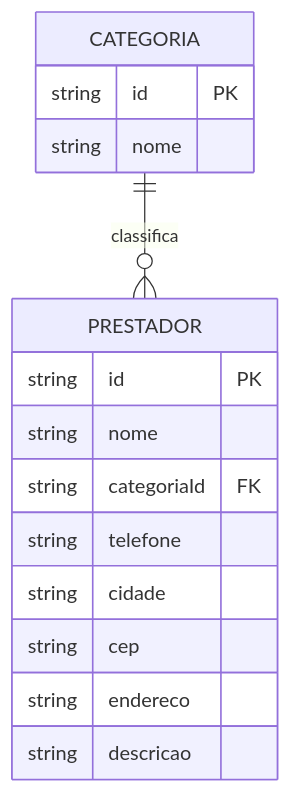
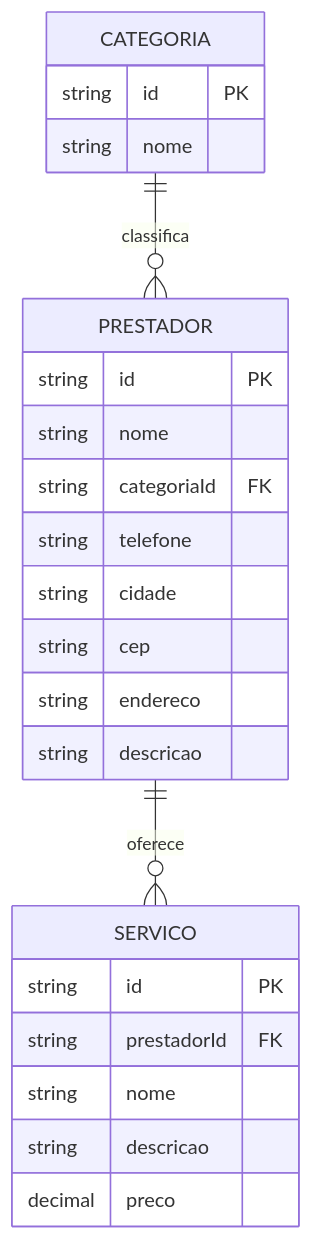
One commit to joaogabrielcamilo/servicos-locais changed the diagram in docs/architecture.md. Above: the diagram before and after it, drawn with Mermaid. The commit also changed other lines of this file, not shown here.

Commit message:
add relationship between Prestador and Servico in architecture diagram

````diff
--- a/docs/architecture.md
+++ b/docs/architecture.md
@@ -12,18 +12,29 @@
 ```mermaid
 erDiagram
     CATEGORIA ||--o{ PRESTADOR : classifica
+    PRESTADOR ||--o{ SERVICO : oferece
+
     CATEGORIA {
         string id PK
         string nome
     }
+
     PRESTADOR {
         string id PK
         string nome
         string categoriaId FK
         string telefone
         string cidade
         string cep
         string endereco
         string descricao
     }
+
+    SERVICO {
+        string id PK
+        string prestadorId FK
+        string nome
+        string descricao
+        decimal preco
+    }
 ```
````
